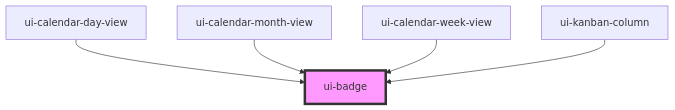
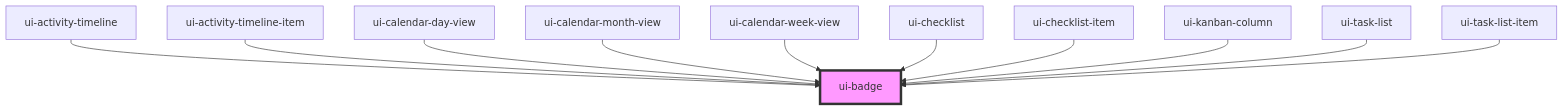
One commit to danieluxury88/UI-Platform changed the diagram in packages/design-system/src/components/feedback/ui-badge/readme.md. Above: the diagram before and after it, drawn with Mermaid. The commit also changed other lines of this file and 39 other files, not shown here.

Commit message:
Add task list, timeline, and checklist widgets

````diff
--- a/packages/design-system/src/components/feedback/ui-badge/readme.md
+++ b/packages/design-system/src/components/feedback/ui-badge/readme.md
@@ -25,8 +31,14 @@
 ```mermaid
 graph TD;
+  ui-activity-timeline --> ui-badge
+  ui-activity-timeline-item --> ui-badge
   ui-calendar-day-view --> ui-badge
   ui-calendar-month-view --> ui-badge
   ui-calendar-week-view --> ui-badge
+  ui-checklist --> ui-badge
+  ui-checklist-item --> ui-badge
   ui-kanban-column --> ui-badge
+  ui-task-list --> ui-badge
+  ui-task-list-item --> ui-badge
   style ui-badge fill:#f9f,stroke:#333,stroke-width:4px
 ```
````
